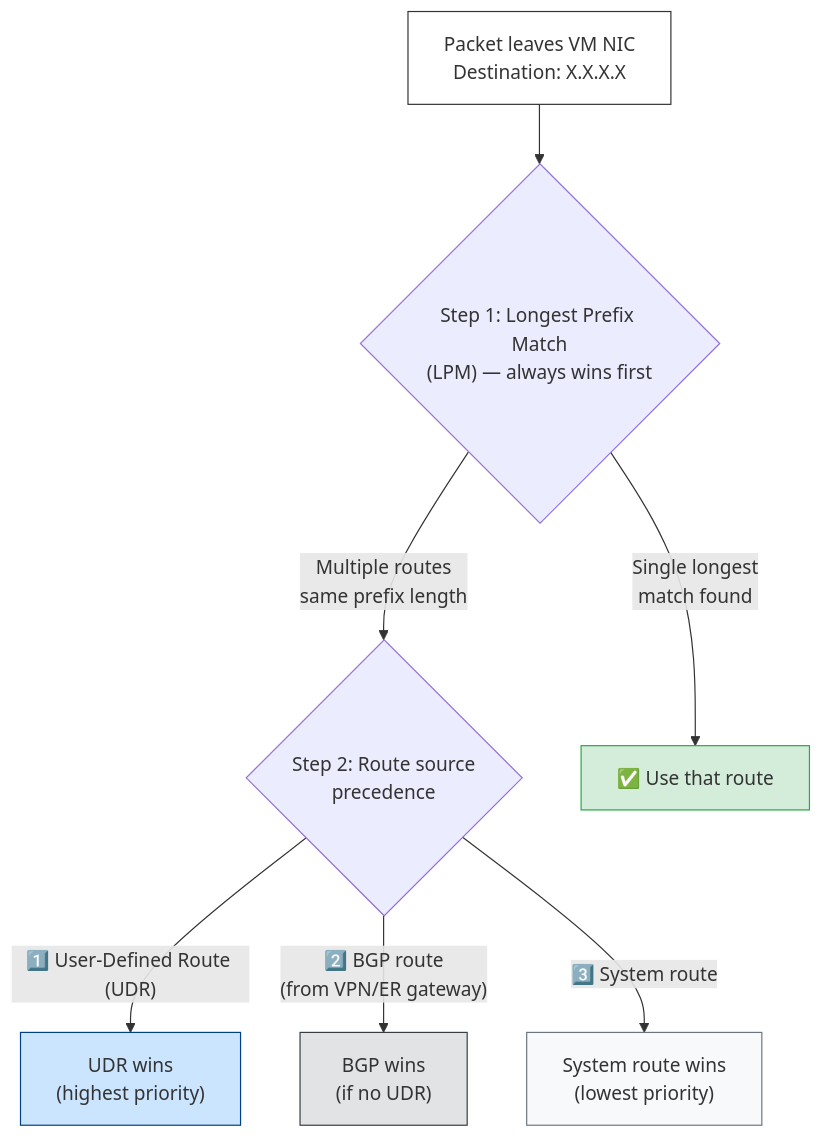
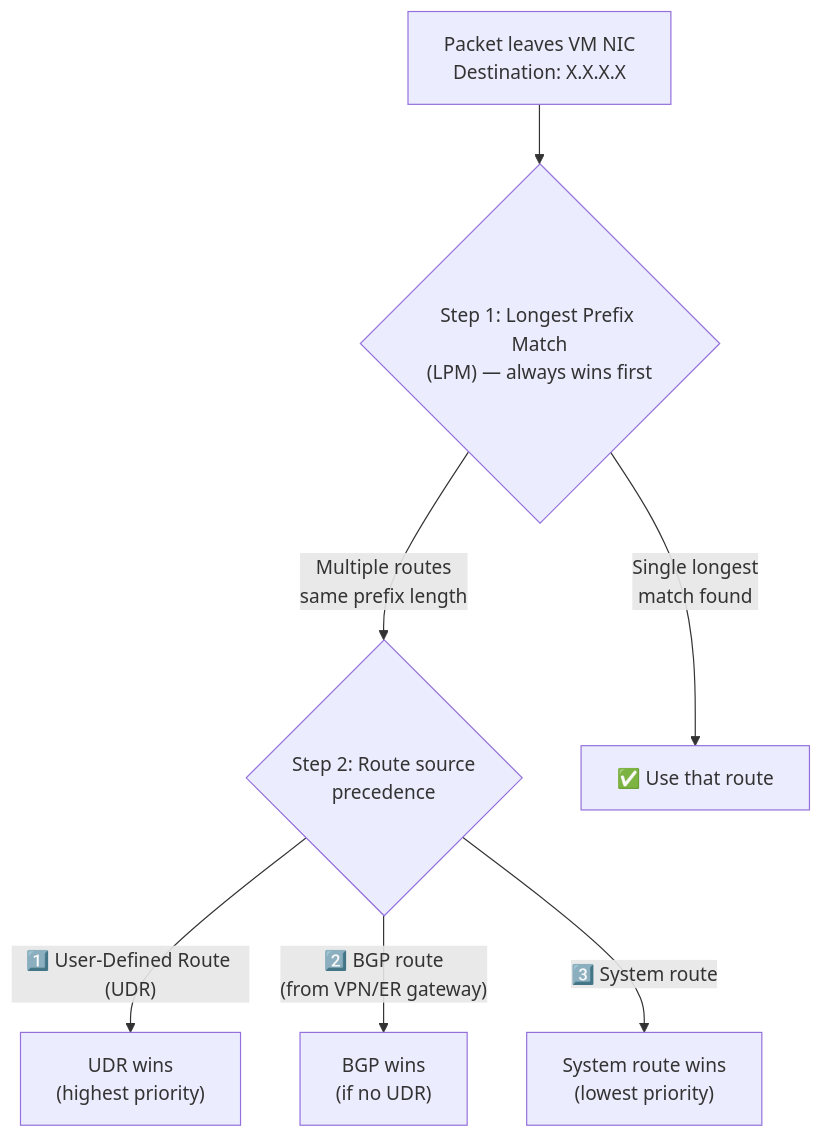
Before and after one commit to pthoor/pthoor.github.io: the second of 10 diagrams in _posts/2026-03-19-Azure-Default-Outbound-Access-Retirement.md, drawn with Mermaid. The commit also changed other lines of this file and 2 other files, not shown here.

Commit message:
Final mermaid fixes

````diff
--- a/_posts/2026-03-19-Azure-Default-Outbound-Access-Retirement.md
+++ b/_posts/2026-03-19-Azure-Default-Outbound-Access-Retirement.md
@@ -70,16 +64,11 @@
 ```mermaid
 flowchart TD
     pkt["Packet leaves VM NIC<br/>Destination: X.X.X.X"] --> lpm{"Step 1: Longest Prefix Match<br/>(LPM) — always wins first"}
     lpm -->|Multiple routes<br/>same prefix length| src{"Step 2: Route source<br/>precedence"}
     lpm -->|Single longest<br/>match found| done["✅ Use that route"]
 
     src -->|"1️⃣ User-Defined Route (UDR)"| udr["UDR wins<br/>(highest priority)"]
     src -->|"2️⃣ BGP route<br/>(from VPN/ER gateway)"| bgp["BGP wins<br/>(if no UDR)"]
     src -->|"3️⃣ System route"| sys["System route wins<br/>(lowest priority)"]
 
-    style pkt fill:#fff,stroke:#333
-    style done fill:#d4edda,stroke:#28a745
-    style udr fill:#cce5ff,stroke:#004085
-    style bgp fill:#e2e3e5,stroke:#383d41
-    style sys fill:#f8f9fa,stroke:#6c757d
 ```
````
